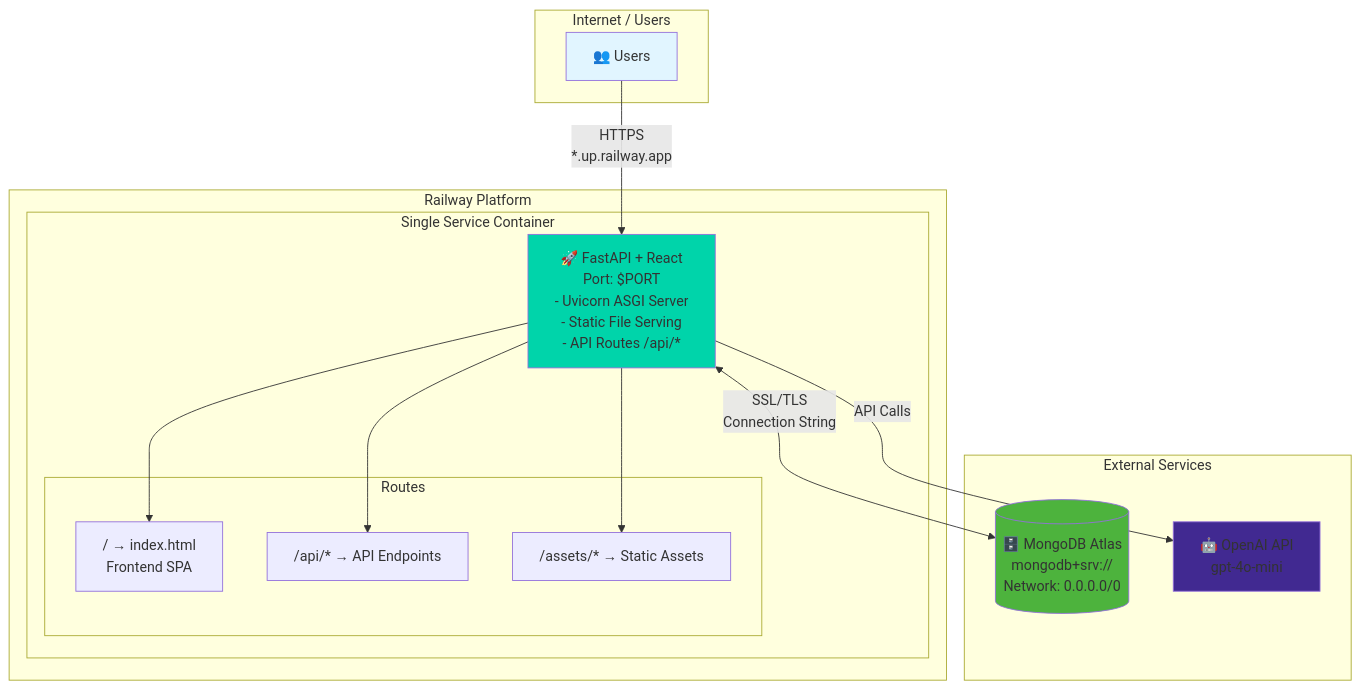
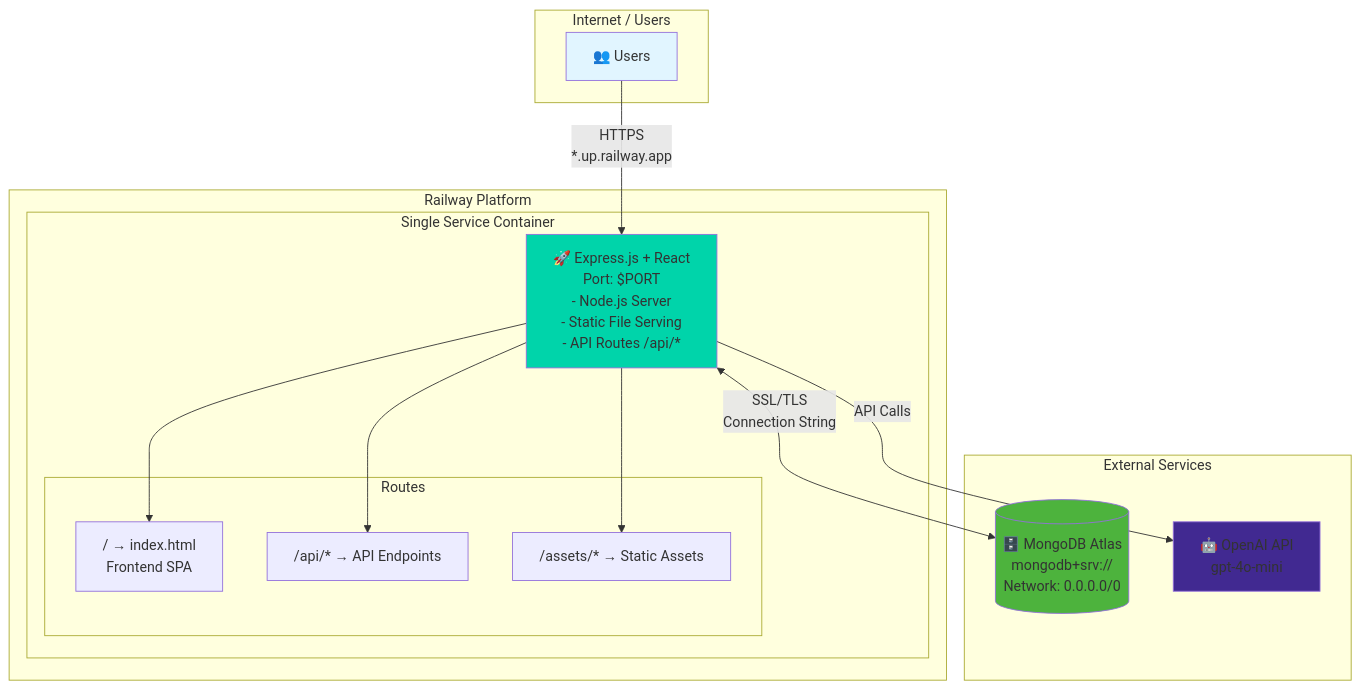
Before and after one commit to shankerram3/NomadSync: the second of 9 diagrams in README.md, drawn with Mermaid. The commit also changed other lines of this file and 54 other files, not shown here.

First line of the commit message:
feat: convert backend from Python/FastAPI to Node.js/Express

````diff
--- a/README.md
+++ b/README.md
@@ -535,35 +531,35 @@
 ```mermaid
 graph TB
     subgraph "Internet / Users"
         Users[👥 Users]
     end
     
     subgraph "Railway Platform"
         subgraph "Single Service Container"
-            FastAPI[🚀 FastAPI + React<br/>Port: $PORT<br/>- Uvicorn ASGI Server<br/>- Static File Serving<br/>- API Routes /api/*]
+            Express[🚀 Express.js + React<br/>Port: $PORT<br/>- Node.js Server<br/>- Static File Serving<br/>- API Routes /api/*]
             
             subgraph "Routes"
                 Routes1["/ → index.html<br/>Frontend SPA"]
                 Routes2["/api/* → API Endpoints"]
                 Routes3["/assets/* → Static Assets"]
             end
         end
     end
     
     subgraph "External Services"
         MongoDB[(🗄️ MongoDB Atlas<br/>mongodb+srv://<br/>Network: 0.0.0.0/0)]
         OpenAI[🤖 OpenAI API<br/>gpt-4o-mini]
     end
     
-    Users -->|"HTTPS<br/>*.up.railway.app"| FastAPI
-    FastAPI --> Routes1
-    FastAPI --> Routes2
-    FastAPI --> Routes3
-    FastAPI <-->|"SSL/TLS<br/>Connection String"| MongoDB
-    FastAPI -->|"API Calls"| OpenAI
-    
-    style FastAPI fill:#00d4aa
+    Users -->|"HTTPS<br/>*.up.railway.app"| Express
+    Express --> Routes1
+    Express --> Routes2
+    Express --> Routes3
+    Express <-->|"SSL/TLS<br/>Connection String"| MongoDB
+    Express -->|"API Calls"| OpenAI
+
+    style Express fill:#00d4aa
     style MongoDB fill:#4db33d
     style OpenAI fill:#412991
     style Users fill:#e1f5ff
 ```
````
